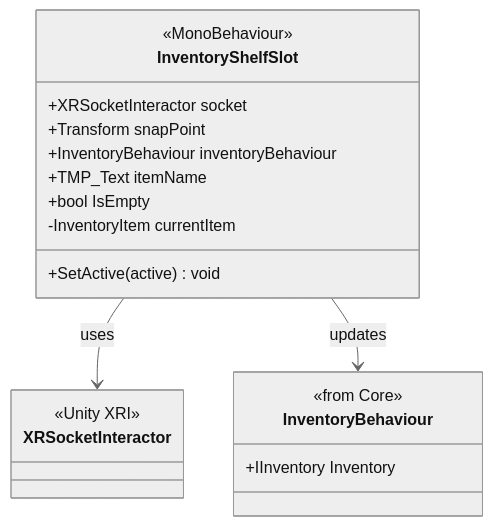
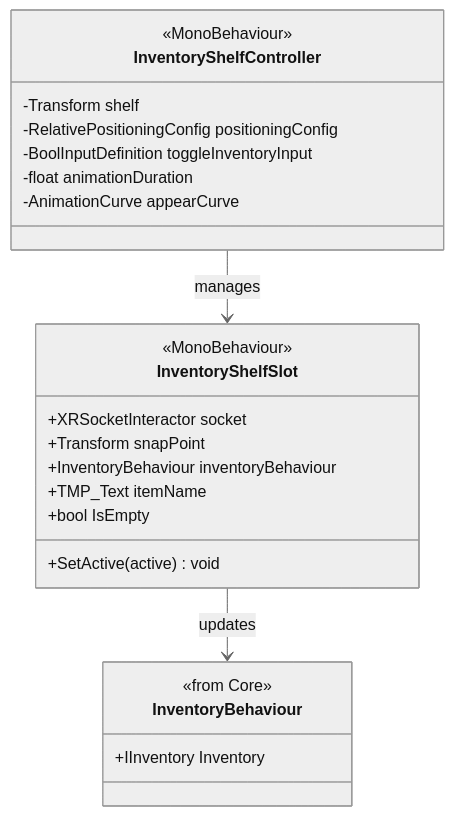
The diagram in Documentation/Inventory.md (Louis27140/XR-Interactions), drawn with Mermaid (neutral theme) before and after one commit. The commit also changed other lines of this file and 31 other files, not shown here.

````diff
--- a/Documentation/Inventory.md
+++ b/Documentation/Inventory.md
@@ -7,25 +9,29 @@
 ```mermaid
 classDiagram
     class InventoryShelfSlot {
         <<MonoBehaviour>>
         +XRSocketInteractor socket
         +Transform snapPoint
         +InventoryBehaviour inventoryBehaviour
         +TMP_Text itemName
         +bool IsEmpty
-        -InventoryItem currentItem
         +SetActive(active) void
     }
-    
+
+    class InventoryShelfController {
+        <<MonoBehaviour>>
+        -Transform shelf
+        -RelativePositioningConfig positioningConfig
+        -BoolInputDefinition toggleInventoryInput
+        -float animationDuration
+        -AnimationCurve appearCurve
+    }
+
     class InventoryBehaviour {
         <<from Core>>
         +IInventory Inventory
     }
-    
-    class XRSocketInteractor {
-        <<Unity XRI>>
-    }
-    
-    InventoryShelfSlot --> XRSocketInteractor : uses
+
     InventoryShelfSlot --> InventoryBehaviour : updates
+    InventoryShelfController --> InventoryShelfSlot : manages
 ```
````
